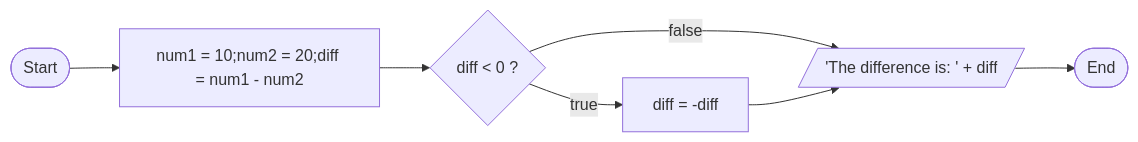
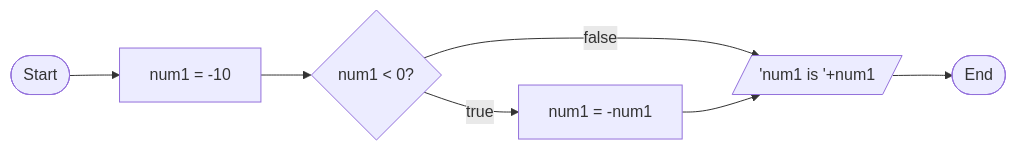
One commit to afzalimdad9/JS-Notes changed the second of 9 diagrams in README.MD. Above: the diagram before and after it, drawn with Mermaid. The commit also changed other lines of this file, not shown here.

Commit message:
If Flow Chart

````diff
--- a/README.MD
+++ b/README.MD
@@ -754,9 +755,9 @@
 ```mermaid
 graph LR
-  A([Start]) --> B[num1 = 10;num2 = 20;diff = num1 - num2]
-  B--> E{diff < 0 ?}
-  E -->|true| F[diff = -diff]
-  E -->|false| G[/'The difference is: ' + diff/]
-  F --> G
-  G --> H([End])
+  A([Start]) --> B[num1 = -10]
+  B--> C{num1 < 0?}
+  C -->|true| D[num1 = -num1]
+  C -->|false| E[/'num1 is '+num1/]
+  D --> E
+  E --> G([End])
 ```
````
